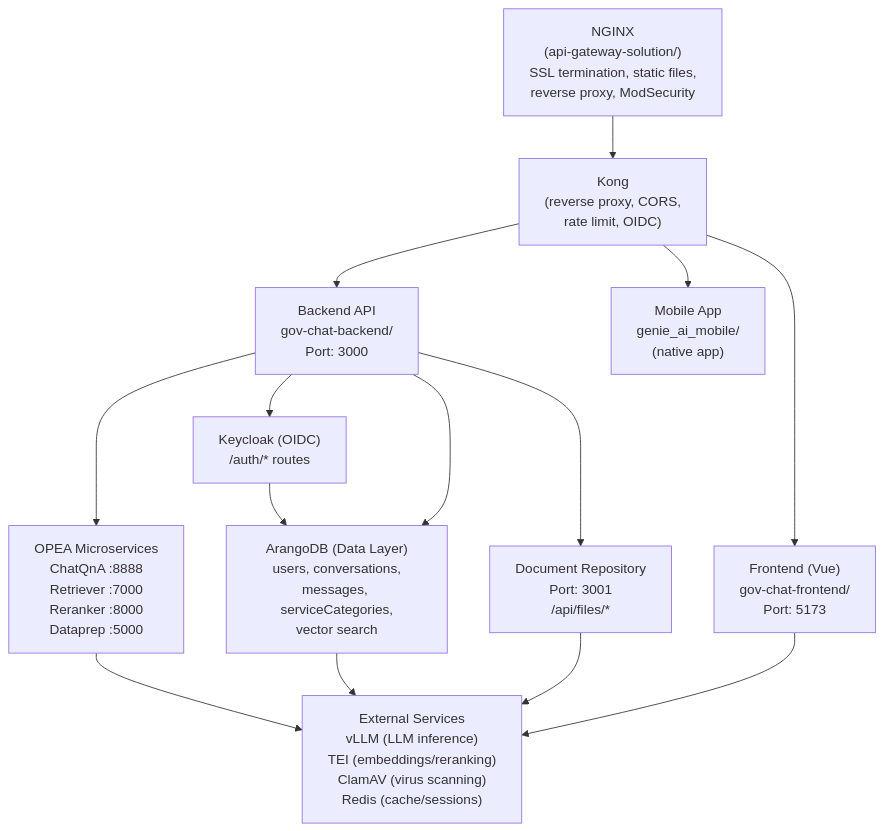
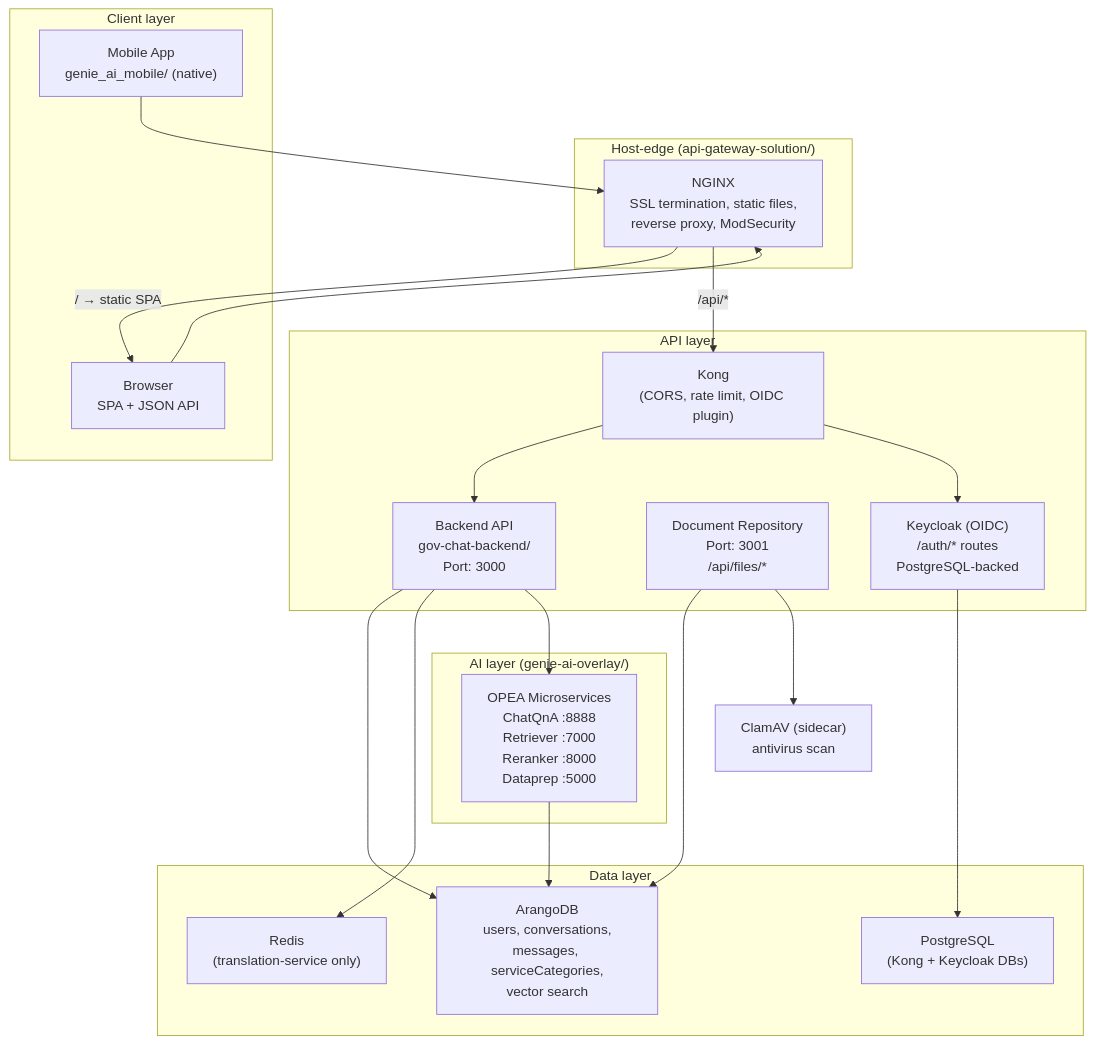
Before and after one commit to jrevillard/genie-ai-replica: the diagram in site/content/en/docs/core/source-tree-analysis.md, drawn with Mermaid. The commit also changed 1 other file, not shown here.

First paragraph of the commit message:
fix(docs): correct Mermaid endpoints + redraw Cross-Part wiring
Wave 68 audit flagged two P2s that warranted fixing:

````diff
--- a/site/content/en/docs/core/source-tree-analysis.md
+++ b/site/content/en/docs/core/source-tree-analysis.md
@@ -599,27 +599,42 @@
 ```mermaid
 flowchart TB
-    Nginx["NGINX<br/>(api-gateway-solution/)<br/>SSL termination, static files,<br/>reverse proxy, ModSecurity"]
-    Kong["Kong<br/>(reverse proxy, CORS,<br/>rate limit, OIDC)"]
-    FE["Frontend (Vue)<br/>gov-chat-frontend/<br/>Port: 5173"]
-    BE["Backend API<br/>gov-chat-backend/<br/>Port: 3000"]
-    Mobile["Mobile App<br/>genie_ai_mobile/<br/>(native app)"]
-    KC["Keycloak (OIDC)<br/>/auth/* routes"]
-    Arango["ArangoDB (Data Layer)<br/>users, conversations,<br/>messages, serviceCategories,<br/>vector search"]
-    DocRepo["Document Repository<br/>Port: 3001<br/>/api/files/*"]
-    OPEA["OPEA Microservices<br/>ChatQnA :8888<br/>Retriever :7000<br/>Reranker :8000<br/>Dataprep :5000"]
-    Ext["External Services<br/>vLLM (LLM inference)<br/>TEI (embeddings/reranking)<br/>ClamAV (virus scanning)<br/>Redis (cache/sessions)"]
+    subgraph Edge["Host-edge (api-gateway-solution/)"]
+        Nginx["NGINX<br/>SSL termination, static files,<br/>reverse proxy, ModSecurity"]
+    end
 
-    Nginx --> Kong
-    Kong --> FE
+    subgraph Client["Client layer"]
+        Browser["Browser<br/>SPA + JSON API"]
+        Mobile["Mobile App<br/>genie_ai_mobile/ (native)"]
+    end
+
+    subgraph API["API layer"]
+        Kong["Kong<br/>(CORS, rate limit, OIDC plugin)"]
+        BE["Backend API<br/>gov-chat-backend/<br/>Port: 3000"]
+        DocRepo["Document Repository<br/>Port: 3001<br/>/api/files/*"]
+        KC["Keycloak (OIDC)<br/>/auth/* routes<br/>PostgreSQL-backed"]
+    end
+
+    subgraph Data["Data layer"]
+        Arango["ArangoDB<br/>users, conversations,<br/>messages, serviceCategories,<br/>vector search"]
+        Postgres["PostgreSQL<br/>(Kong + Keycloak DBs)"]
+        Redis["Redis<br/>(translation-service only)"]
+    end
+
+    subgraph AI["AI layer (genie-ai-overlay/)"]
+        OPEA["OPEA Microservices<br/>ChatQnA :8888<br/>Retriever :7000<br/>Reranker :8000<br/>Dataprep :5000"]
+    end
+
+    Browser --> Nginx
+    Mobile --> Nginx
+    Nginx -- "/ → static SPA" --> Browser
+    Nginx -- "/api/*" --> Kong
     Kong --> BE
-    Kong --> Mobile
-    BE --> KC
-    KC --> Arango
+    Kong --> KC
     BE --> Arango
-    BE --> DocRepo
+    BE --> Redis
     BE --> OPEA
-    OPEA --> Ext
-    Arango --> Ext
-    DocRepo --> Ext
-    FE --> Ext
+    DocRepo --> Arango
+    DocRepo --> ClamAV["ClamAV (sidecar)<br/>antivirus scan"]
+    KC --> Postgres
+    OPEA --> Arango
 ```
````
